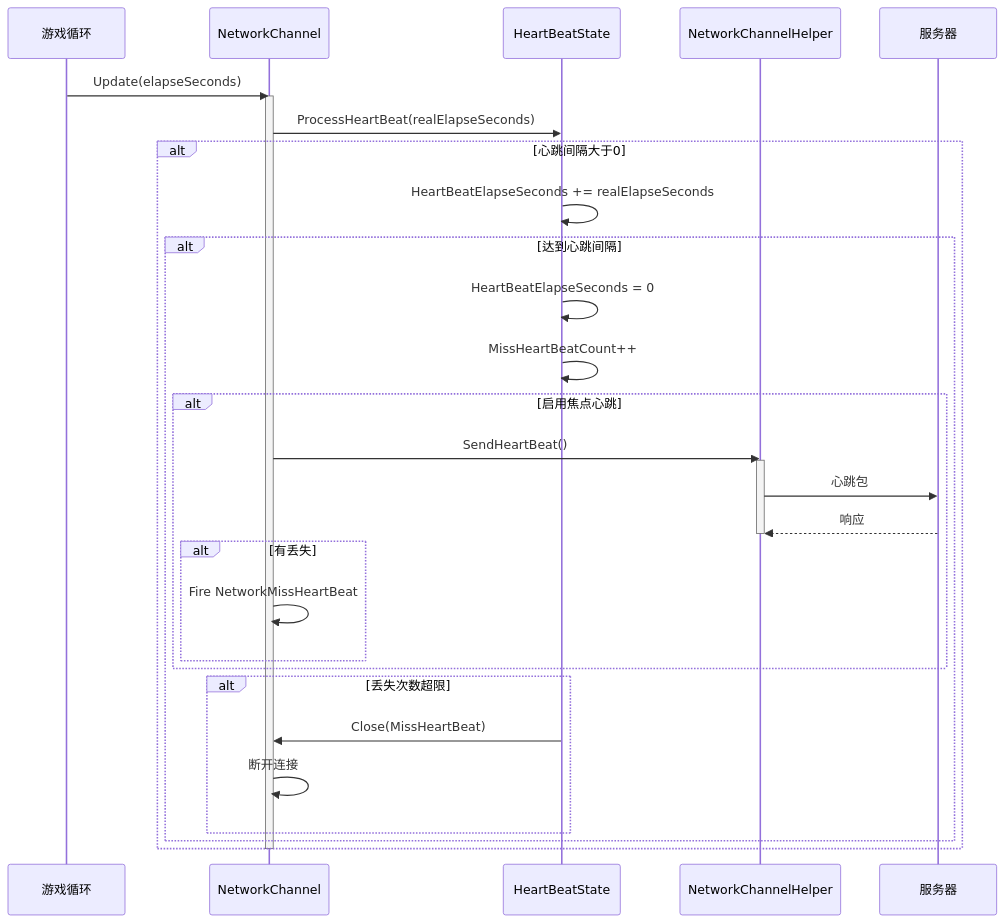
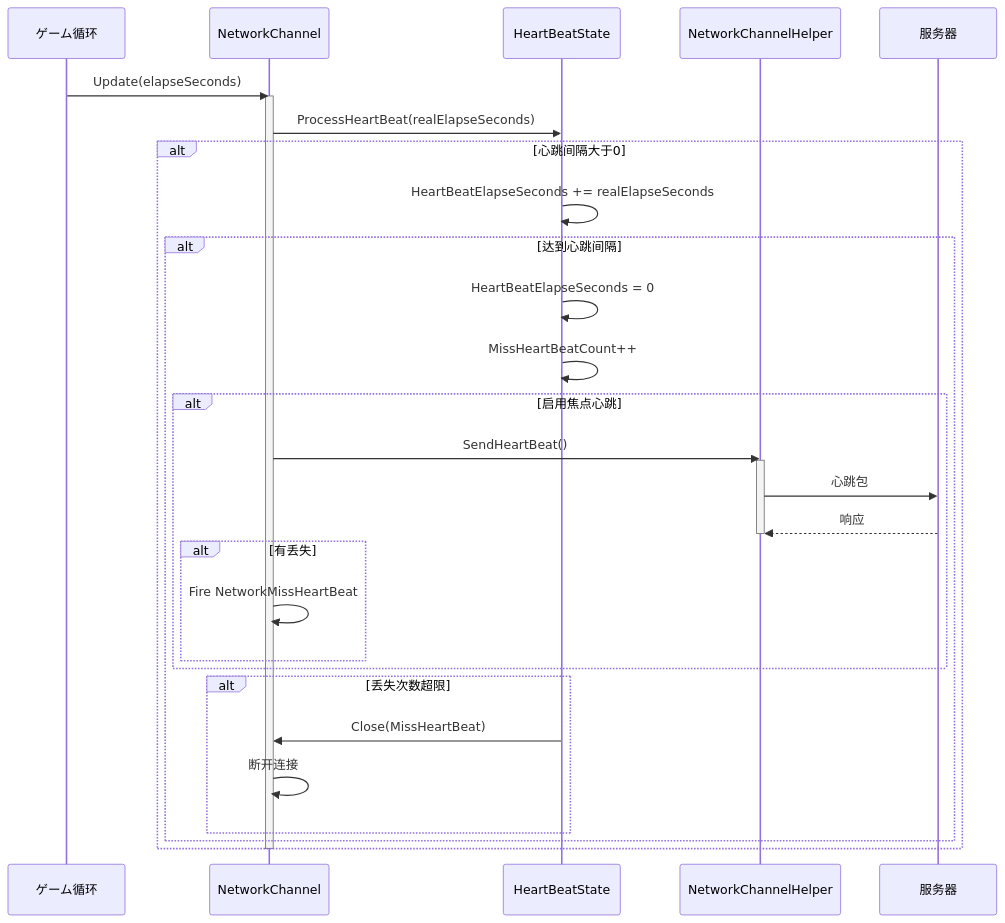
One commit to AlianBlank/GameFrameX.Docs changed the second of 2 diagrams in docs/ja/client/unity/component/network/09.heartbeat.md. Above: the diagram before and after it, drawn with Mermaid. The commit also changed other lines of this file and 603 other files, not shown here.

````diff
--- a/docs/ja/client/unity/component/network/09.heartbeat.md
+++ b/docs/ja/client/unity/component/network/09.heartbeat.md
@@ -66,40 +66,40 @@
 ```mermaid
 sequenceDiagram
-    participant GameLoop as 游戏循环
+    participant GameLoop as ゲーム循环
     participant Channel as NetworkChannel
     participant HBState as HeartBeatState
     participant Helper as NetworkChannelHelper
     participant Server as 服务器
 
     GameLoop->>Channel: Update(elapseSeconds)
     activate Channel
     Channel->>HBState: ProcessHeartBeat(realElapseSeconds)
     
     alt 心跳间隔大于0
         HBState->>HBState: HeartBeatElapseSeconds += realElapseSeconds
         
         alt 达到心跳间隔
             HBState->>HBState: HeartBeatElapseSeconds = 0
             HBState->>HBState: MissHeartBeatCount++
             
             alt 启用焦点心跳
                 Channel->>Helper: SendHeartBeat()
                 activate Helper
                 Helper->>Server: 心跳包
                 Server-->>Helper: 响应
                 deactivate Helper
                 
                 alt 有丢失
                     Channel->>Channel: Fire NetworkMissHeartBeat
                 end
             end
             
             alt 丢失次数超限
                 HBState->>Channel: Close(MissHeartBeat)
                 Channel->>Channel: 断开连接
             end
         end
     end
     
     deactivate Channel
 ```
````
